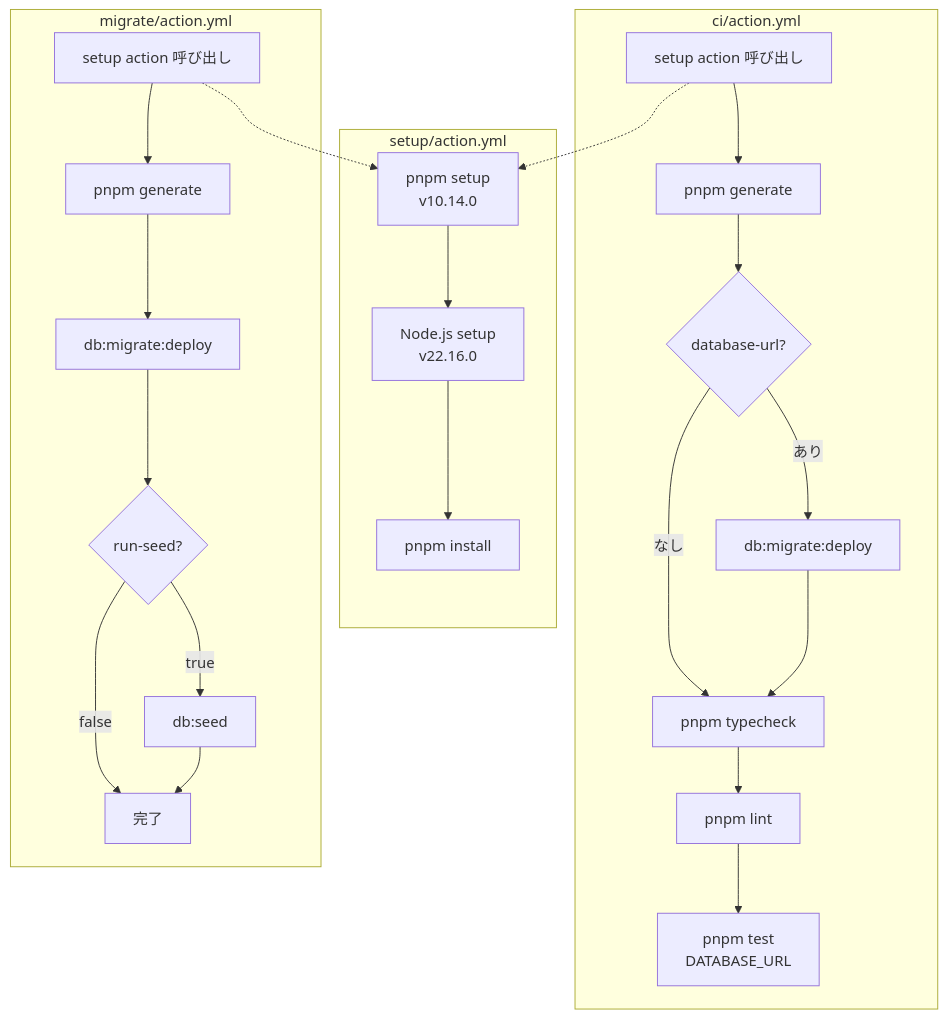
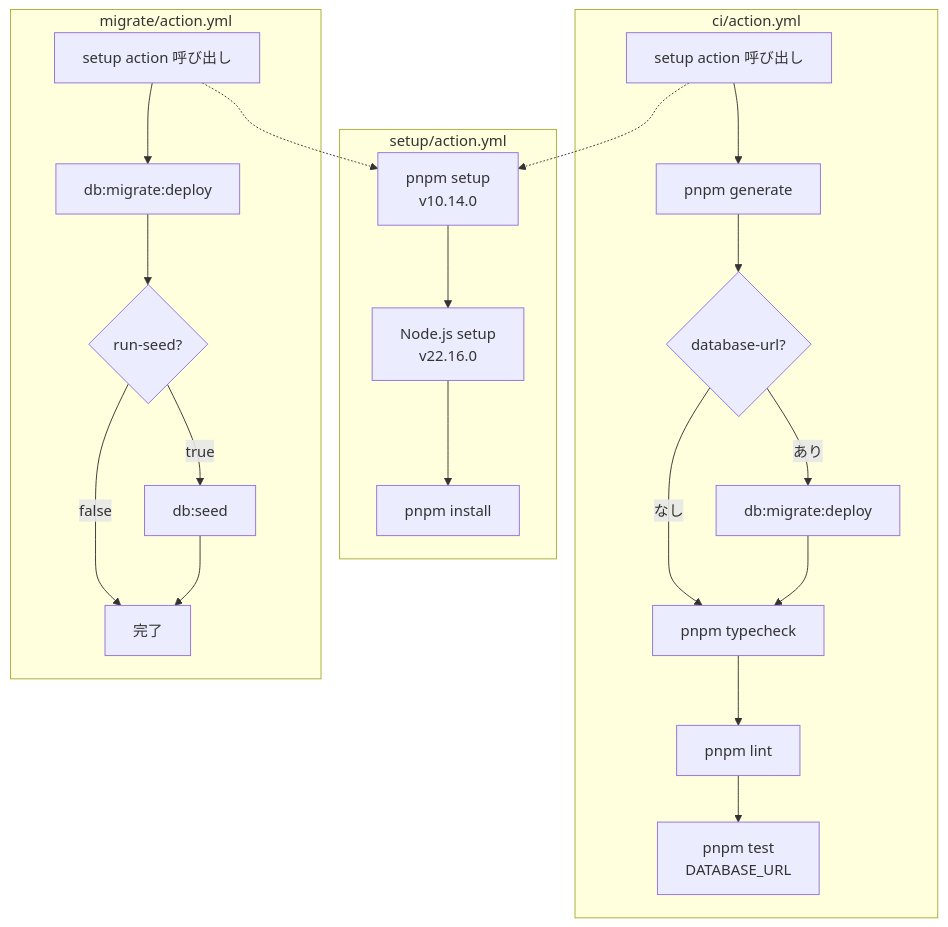
One commit to einja-inc/einja-management-template changed the third of 12 diagrams in docs/einja/steering/infrastructure/deployment.md. Above: the diagram before and after it, drawn with Mermaid. The commit also changed other lines of this file and 14 other files, not shown here.

````diff
--- a/docs/einja/steering/infrastructure/deployment.md
+++ b/docs/einja/steering/infrastructure/deployment.md
@@ -170,29 +170,28 @@
 ```mermaid
 flowchart TB
     subgraph "setup/action.yml"
         S1[pnpm setup<br/>v10.14.0] --> S2[Node.js setup<br/>v22.16.0]
         S2 --> S3[pnpm install]
     end
 
     subgraph "ci/action.yml"
         C1[setup action 呼び出し] --> C2[pnpm generate]
         C2 --> C2B{database-url?}
         C2B -->|あり| C2C[db:migrate:deploy]
         C2B -->|なし| C3
         C2C --> C3[pnpm typecheck]
         C3 --> C4[pnpm lint]
         C4 --> C5[pnpm test<br/>DATABASE_URL]
     end
 
     subgraph "migrate/action.yml"
-        M1[setup action 呼び出し] --> M2[pnpm generate]
-        M2 --> M3[db:migrate:deploy]
+        M1[setup action 呼び出し] --> M3[db:migrate:deploy]
         M3 --> M4{run-seed?}
         M4 -->|true| M5[db:seed]
         M4 -->|false| M6[完了]
         M5 --> M6
     end
 
     C1 -.-> S1
     M1 -.-> S1
 ```
````
